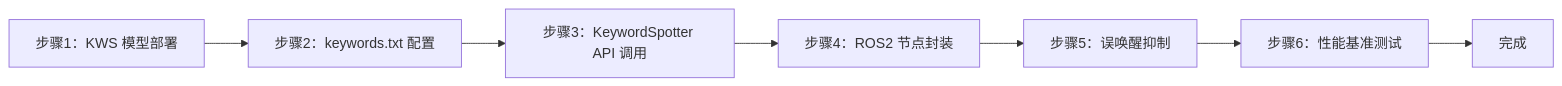
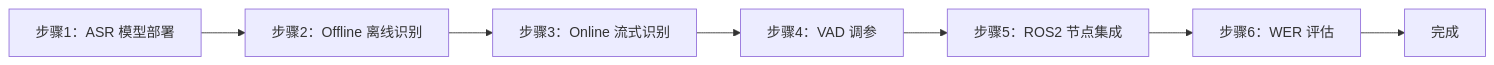
One commit to aibittek/course_generate_agent changed the diagram in courses/sheet1/speech_practice/_parts/experiment-2.md. Above: the diagram before and after it, drawn with Mermaid. The commit also changed other lines of this file and 13 other files, not shown here.

````diff
--- a/courses/sheet1/speech_practice/_parts/experiment-2.md
+++ b/courses/sheet1/speech_practice/_parts/experiment-2.md
@@ -59,9 +57,9 @@
 ```mermaid
 graph LR
-    A[步骤1：KWS 模型部署] --> B[步骤2：keywords.txt 配置]
-    B --> C[步骤3：KeywordSpotter API 调用]
-    C --> D[步骤4：ROS2 节点封装]
-    D --> E[步骤5：误唤醒抑制]
-    E --> F[步骤6：性能基准测试]
+    A[步骤1：ASR 模型部署] --> B[步骤2：Offline 离线识别]
+    B --> C[步骤3：Online 流式识别]
+    C --> D[步骤4：VAD 调参]
+    D --> E[步骤5：ROS2 节点集成]
+    E --> F[步骤6：WER 评估]
     F --> G[完成]
 ```
````
